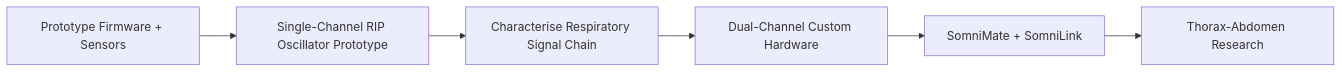
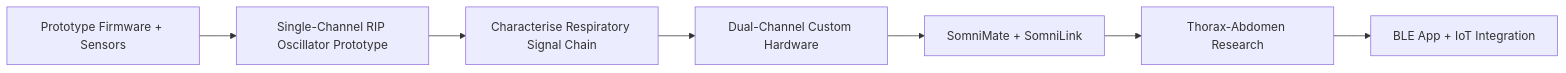
Before and after one commit to CDonohoe-Designs/SomniMate: the first of 5 diagrams in README.md, drawn with Mermaid. The commit also changed other lines of this file, not shown here.

Commit message:
Document planned BLE app and IoT architecture

````diff
--- a/README.md
+++ b/README.md
@@ -42,8 +44,9 @@
 ```mermaid
 flowchart LR
     A["Prototype Firmware + Sensors"] --> B["Single-Channel RIP Oscillator Prototype"]
     B --> C["Characterise Respiratory Signal Chain"]
     C --> D["Dual-Channel Custom Hardware"]
     D --> E["SomniMate + SomniLink"]
     E --> F["Thorax-Abdomen Research"]
+    F --> G["BLE App + IoT Integration"]
 ```
````
